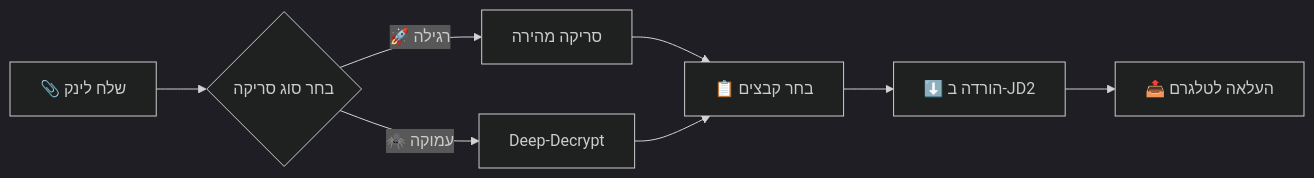
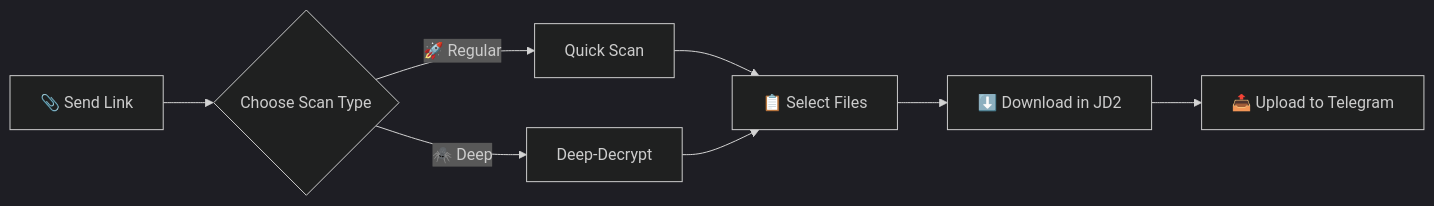
The diagram in README.md (Omer-Dahan/Siphon), drawn with Mermaid (dark theme) before and after one commit. The commit also changed other lines of this file and 1 other file, not shown here.

````diff
--- a/README.md
+++ b/README.md
@@ -108,10 +108,10 @@
 ```mermaid
 graph LR
-    A[📎 שלח לינק] --> B{בחר סוג סריקה}
-    B -->|🚀 רגילה| C[סריקה מהירה]
-    B -->|🕷️ עמוקה| D[Deep-Decrypt]
-    C --> E[📋 בחר קבצים]
+    A[📎 Send Link] --> B{Choose Scan Type}
+    B -->|🚀 Regular| C[Quick Scan]
+    B -->|🕷️ Deep| D[Deep-Decrypt]
+    C --> E[📋 Select Files]
     D --> E
-    E --> F[⬇️ הורדה ב-JD2]
-    F --> G[📤 העלאה לטלגרם]
+    E --> F[⬇️ Download in JD2]
+    F --> G[📤 Upload to Telegram]
 ```
````
